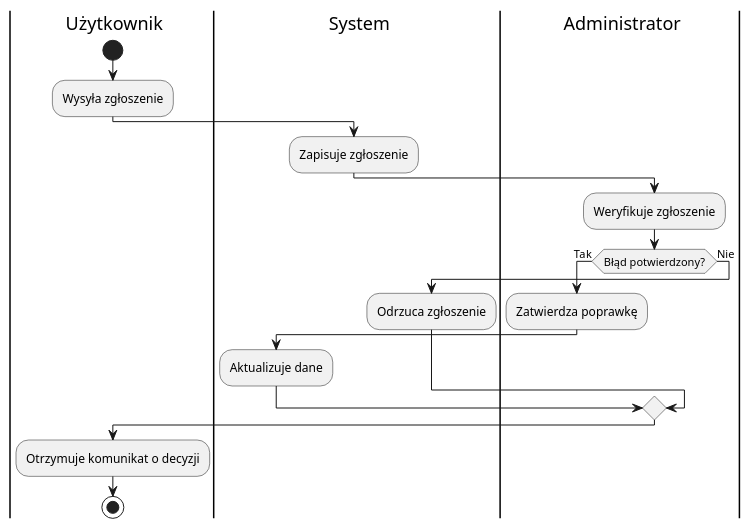
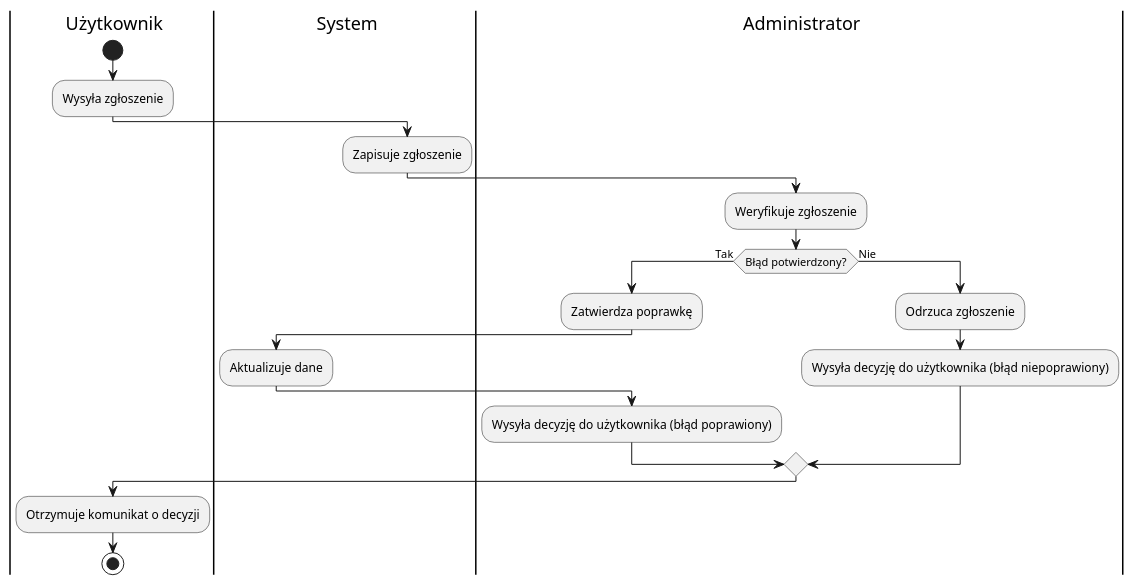
Before and after one commit to aleksanderpiluk/IWO: the diagram in dokumentacja/specyfikacja.wymagan/2.opis.biznesu/procesy.biznesowe/procesy/PB0002.puml, drawn with PlantUML.

```diff
--- a/dokumentacja/specyfikacja.wymagan/2.opis.biznesu/procesy.biznesowe/procesy/PB0002.puml
+++ b/dokumentacja/specyfikacja.wymagan/2.opis.biznesu/procesy.biznesowe/procesy/PB0002.puml
@@ -1,23 +1,26 @@
 @startuml
 |u| Użytkownik
 start
 :Wysyła zgłoszenie;
 
 |s| System
 :Zapisuje zgłoszenie;
 
 |a| Administrator
 :Weryfikuje zgłoszenie;
 
 if (Błąd potwierdzony?) then (Tak)
   :Zatwierdza poprawkę;
   |s| System
   :Aktualizuje dane;
+  |a| Administrator
+  :Wysyła decyzję do użytkownika (błąd poprawiony);
 else (Nie)
   :Odrzuca zgłoszenie;
+  :Wysyła decyzję do użytkownika (błąd niepoprawiony);
 endif
 
 |u| Użytkownik
 :Otrzymuje komunikat o decyzji;
 stop
 @enduml
```
